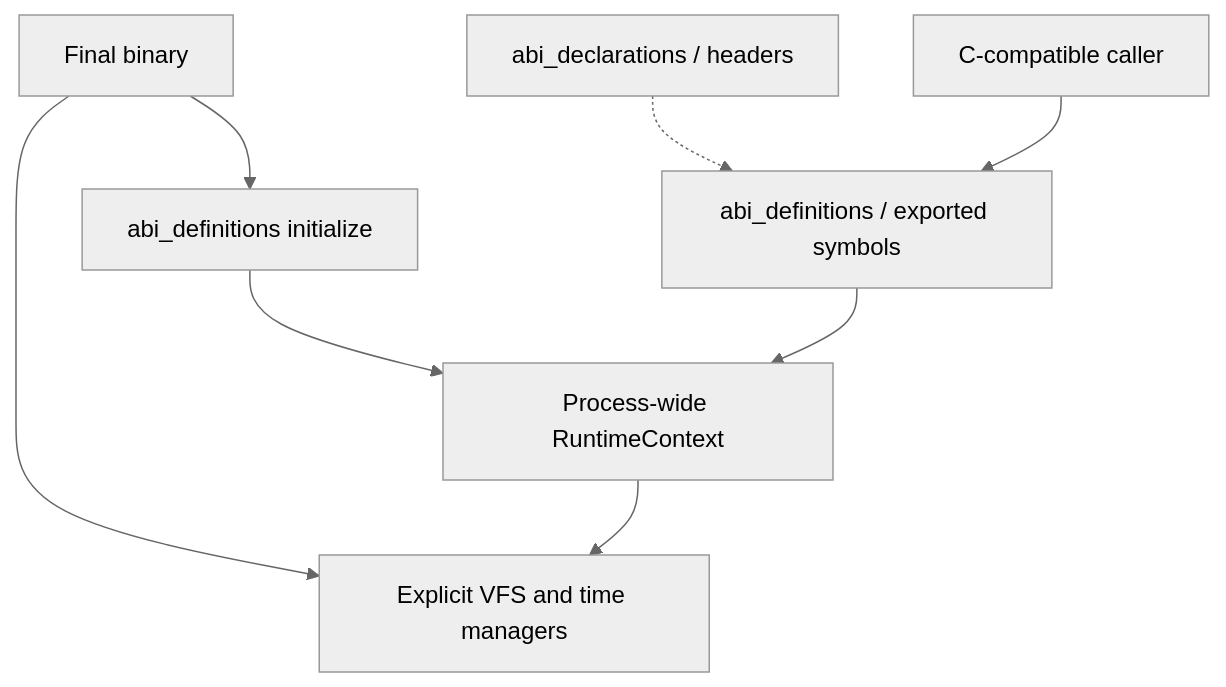
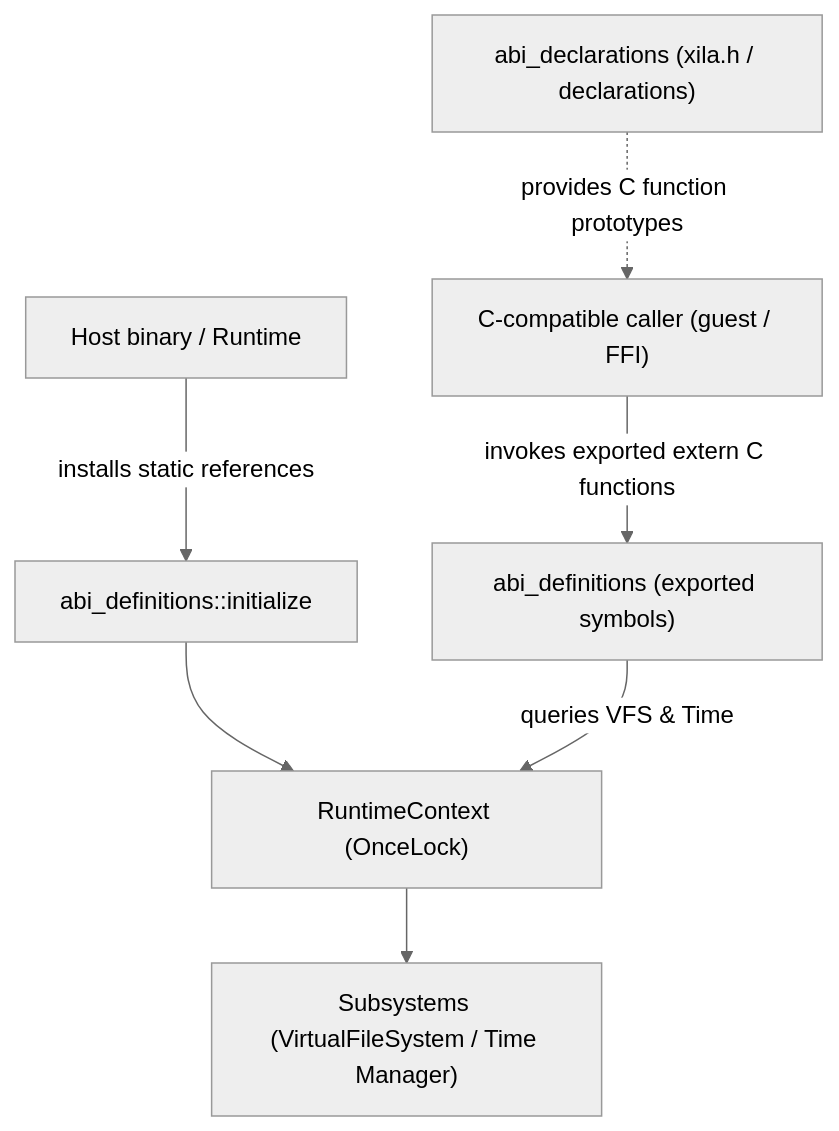
Before and after one commit to xila-project/website: the diagram in src/content/docs/explanation/architecture/libraries/abi.mdx, drawn with Mermaid (neutral theme). The commit also changed other lines of this file and 6 other files, not shown here.

````diff
--- a/src/content/docs/explanation/architecture/libraries/abi.mdx
+++ b/src/content/docs/explanation/architecture/libraries/abi.mdx
@@ -30,10 +30,9 @@
 ```mermaid
-graph TD
-    Binary[Final binary] --> Managers[Explicit VFS and time managers]
-    Binary --> Init[abi_definitions initialize]
-    Init --> Context[Process-wide RuntimeContext]
-    Declarations[abi_declarations / headers] -.-> Symbols[abi_definitions / exported symbols]
-    Foreign[C-compatible caller] --> Symbols
-    Symbols --> Context
-    Context --> Managers
+flowchart TD
+    Binary["Host binary / Runtime"] -->|"installs static references"| Init["abi_definitions::initialize"]
+    Init --> Context["RuntimeContext (OnceLock)"]
+    Caller["C-compatible caller (guest / FFI)"] -->|"invokes exported extern C functions"| Symbols["abi_definitions (exported symbols)"]
+    Headers["abi_declarations (xila.h / declarations)"] -.->|"provides C function prototypes"| Caller
+    Symbols -->|"queries VFS & Time"| Context
+    Context --> Subsystems["Subsystems (VirtualFileSystem / Time Manager)"]
 ```
````
